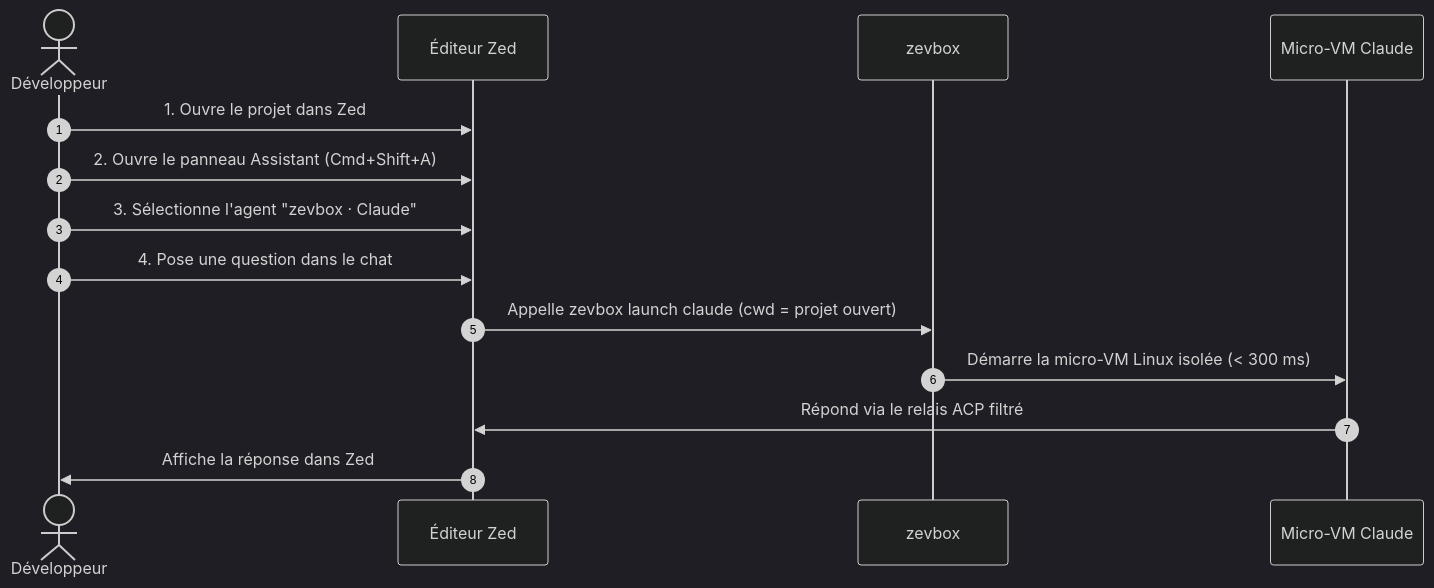
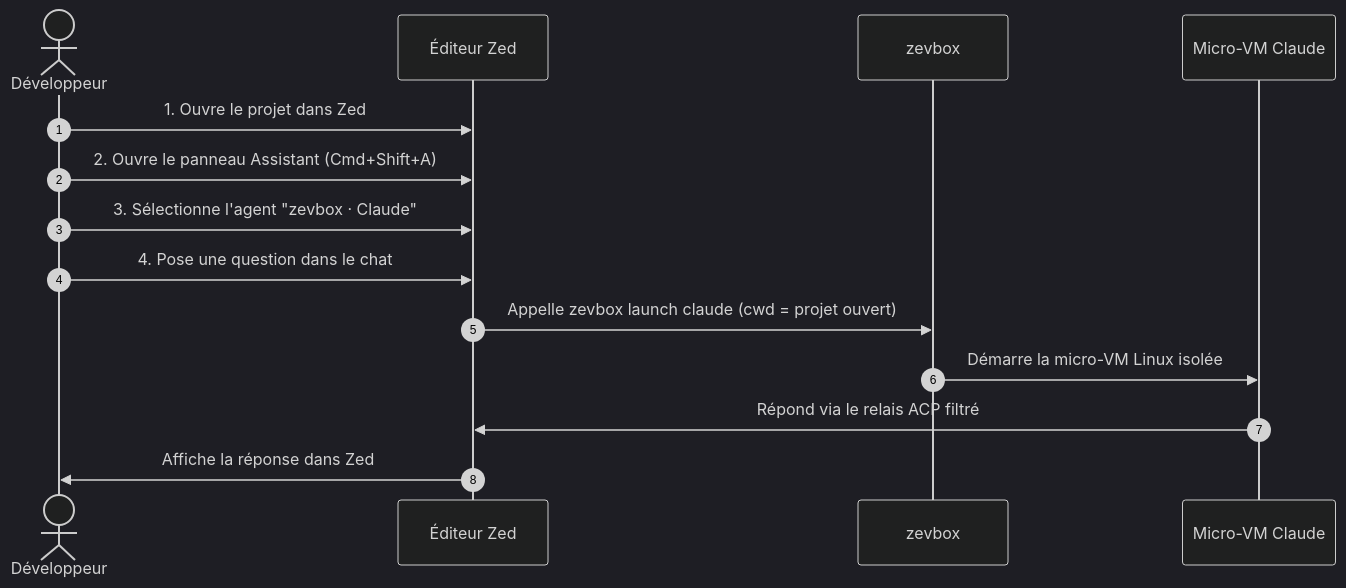
One commit to brainztorm/zevbox changed the third of 3 diagrams in docs/fr/GUIDE_UTILISATEUR.md. Above: the diagram before and after it, drawn with Mermaid (dark theme). The commit also changed other lines of this file and 12 other files, not shown here.

````diff
--- a/docs/fr/GUIDE_UTILISATEUR.md
+++ b/docs/fr/GUIDE_UTILISATEUR.md
@@ -296,17 +299,17 @@
 ```mermaid
 sequenceDiagram
     autonumber
     actor User as Développeur
     participant Zed as Éditeur Zed
     participant Zevbox as zevbox
     participant VM as Micro-VM Claude
 
     User->>Zed: 1. Ouvre le projet dans Zed
     User->>Zed: 2. Ouvre le panneau Assistant (Cmd+Shift+A)
     User->>Zed: 3. Sélectionne l'agent "zevbox · Claude"
     User->>Zed: 4. Pose une question dans le chat
     Zed->>Zevbox: Appelle zevbox launch claude (cwd = projet ouvert)
-    Zevbox->>VM: Démarre la micro-VM Linux isolée (< 300 ms)
+    Zevbox->>VM: Démarre la micro-VM Linux isolée
     VM->>Zed: Répond via le relais ACP filtré
     Zed->>User: Affiche la réponse dans Zed
 ```
````
